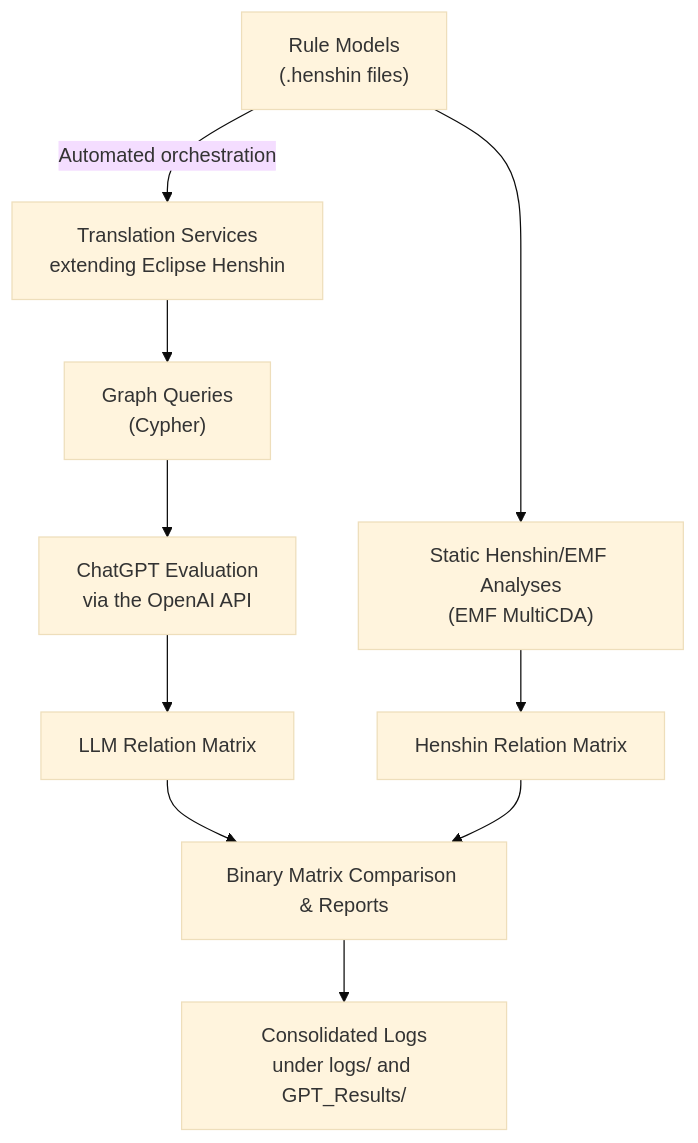
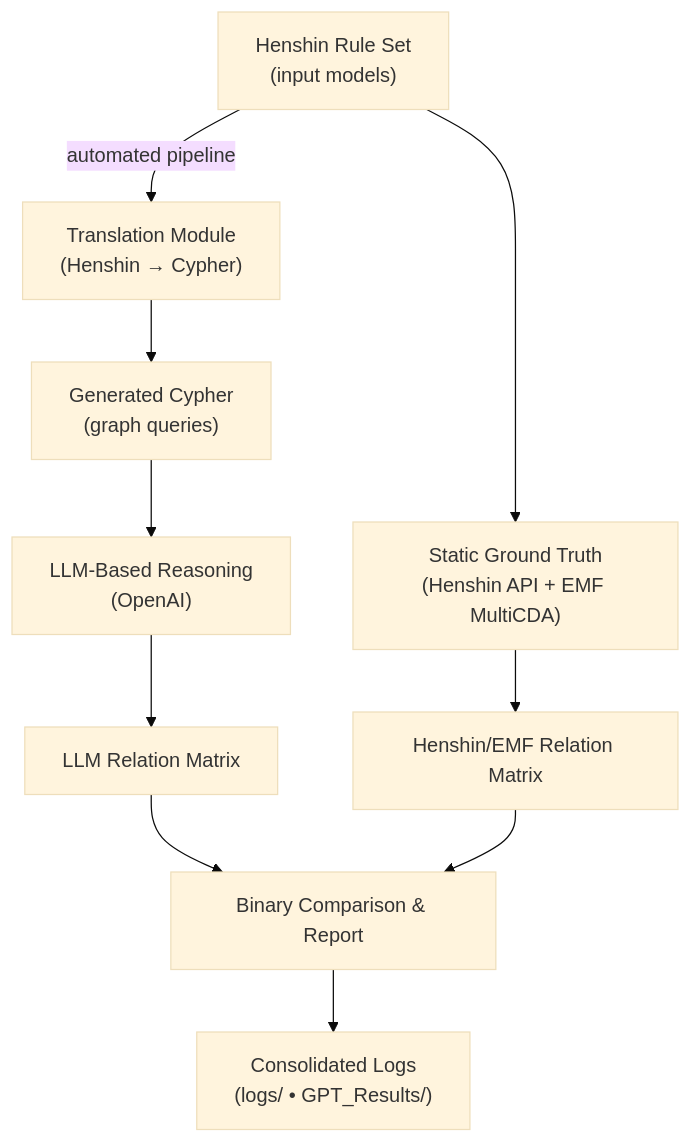
Before and after one commit to Lugji/HenshinApplication: the diagram in README.md, drawn with Mermaid (base theme).

````diff
--- a/README.md
+++ b/README.md
@@ -5,25 +5,25 @@
 ```mermaid
 
 %%{init: {'flowchart': {'htmlLabels': true}} }%%
 flowchart TD
-  A["Rule Models<br>(.henshin files)"]
-  B["Translation Services<br>extending Eclipse Henshin"]
-  C["Graph Queries<br>(Cypher)"]
-  D["ChatGPT Evaluation<br>via the OpenAI API"]
-  E["Static Henshin/EMF Analyses<br>(EMF MultiCDA)"]
+  A["Henshin Rule Set<br>(input models)"]
+  B["Translation Module<br>(Henshin → Cypher)"]
+  C["Generated Cypher<br>(graph queries)"]
+  D["LLM-Based Reasoning<br>(OpenAI)"]
+  E["Static Ground Truth<br>(Henshin API + EMF MultiCDA)"]
   F["LLM Relation Matrix"]
-  G["Henshin Relation Matrix"]
-  H["Binary Matrix Comparison & Reports"]
-  I["Consolidated Logs<br>under logs/ and GPT_Results/"]
+  G["Henshin/EMF Relation Matrix"]
+  H["Binary Comparison & Report"]
+  I["Consolidated Logs<br>(logs/ • GPT_Results/)"]
 
-  A -->|Automated orchestration| B
+  A -->|automated pipeline| B
   B --> C
   C --> D
   A --> E
   D --> F
   E --> G
   F --> H
   G --> H
   H --> I
 
 ```
````
